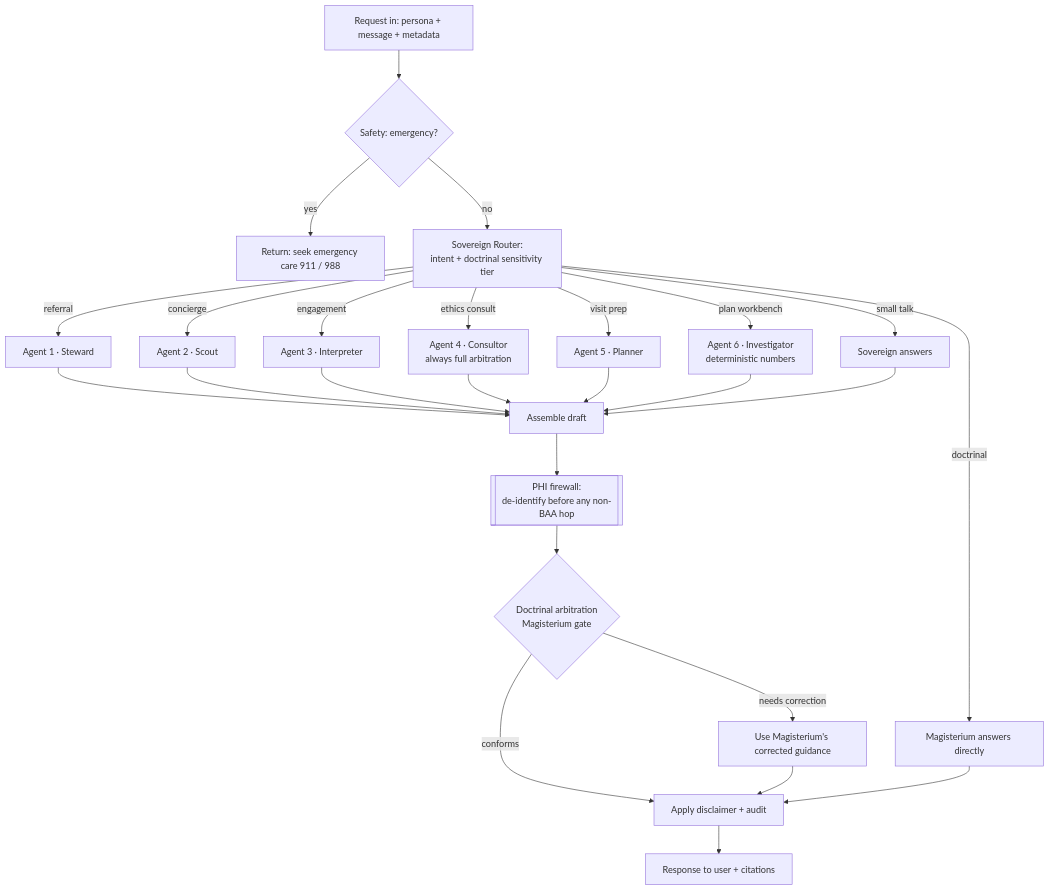
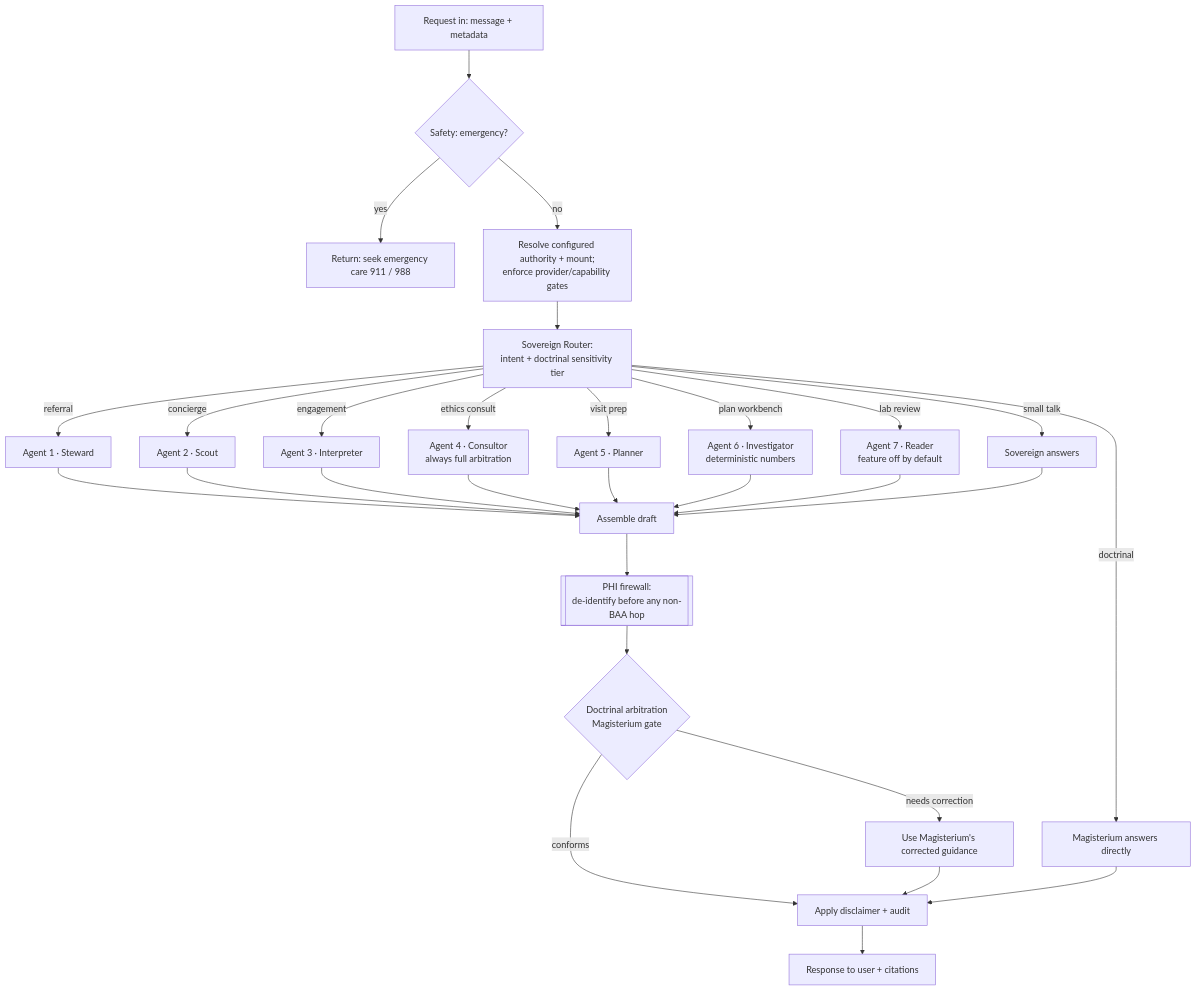
Before and after one commit to CosmaNeura/cosmaneura-sovereign: the diagram in ARCHITECTURE.md, drawn with Mermaid. The commit also changed other lines of this file and 3 other files, not shown here.

````diff
--- a/ARCHITECTURE.md
+++ b/ARCHITECTURE.md
@@ -51,27 +55,30 @@
 ```mermaid
 flowchart TD
-    A[Request in: persona + message + metadata] --> S{Safety: emergency?}
+    A[Request in: message + metadata] --> S{Safety: emergency?}
     S -- yes --> E[Return: seek emergency care 911 / 988]
-    S -- no --> R[Sovereign Router:<br/>intent + doctrinal sensitivity tier]
+    S -- no --> G[Resolve configured authority + mount;<br/>enforce provider/capability gates]
+    G --> R[Sovereign Router:<br/>intent + doctrinal sensitivity tier]
     R -->|doctrinal| M1[Magisterium answers directly]
     R -->|referral| AG1[Agent 1 · Steward]
     R -->|concierge| AG2[Agent 2 · Scout]
     R -->|engagement| AG3[Agent 3 · Interpreter]
     R -->|ethics consult| AG4[Agent 4 · Consultor<br/>always full arbitration]
     R -->|visit prep| AG5[Agent 5 · Planner]
     R -->|plan workbench| AG6[Agent 6 · Investigator<br/>deterministic numbers]
+    R -->|lab review| AG7[Agent 7 · Reader<br/>feature off by default]
     R -->|small talk| ST[Sovereign answers]
     AG1 --> ASM[Assemble draft]
     AG2 --> ASM
     AG3 --> ASM
     AG4 --> ASM
     AG5 --> ASM
     AG6 --> ASM
+    AG7 --> ASM
     ST --> ASM
     ASM --> PHI[[PHI firewall:<br/>de-identify before any non-BAA hop]]
     PHI --> ARB{Doctrinal arbitration<br/>Magisterium gate}
     ARB -- conforms --> OUT[Apply disclaimer + audit]
     ARB -- needs correction --> FIX[Use Magisterium's corrected guidance] --> OUT
     M1 --> OUT
     OUT --> Z[Response to user + citations]
 ```
````
